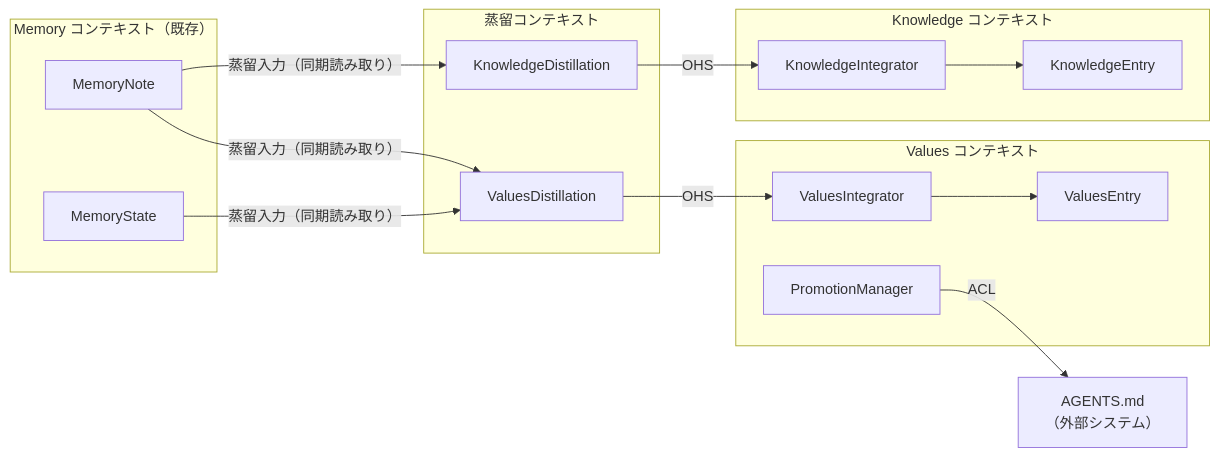
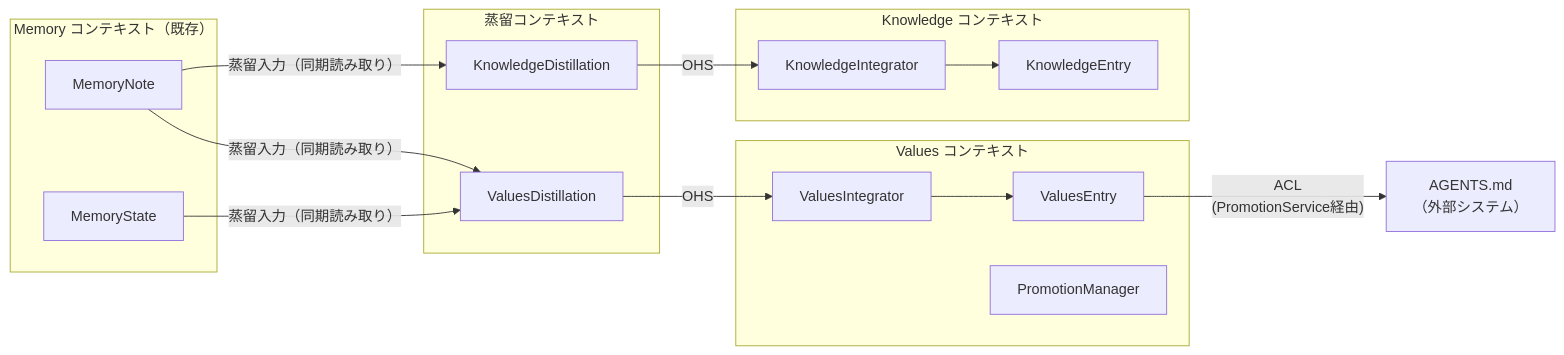
One commit to RK0429/agentic-memory changed the first of 6 diagrams in docs/design/DOMAIN-MODEL-knowledge-values.md. Above: the diagram before and after it, drawn with Mermaid. The commit also changed other lines of this file and 2 other files, not shown here.

````diff
--- a/docs/design/DOMAIN-MODEL-knowledge-values.md
+++ b/docs/design/DOMAIN-MODEL-knowledge-values.md
@@ -23,34 +23,34 @@
 ```mermaid
 graph LR
     subgraph "Memory コンテキスト（既存）"
         MN[MemoryNote]
         MS[MemoryState]
     end
 
     subgraph "蒸留コンテキスト"
         KD[KnowledgeDistillation]
         VD[ValuesDistillation]
     end
 
     subgraph "Knowledge コンテキスト"
         KE[KnowledgeEntry]
         KI[KnowledgeIntegrator]
     end
 
     subgraph "Values コンテキスト"
         VE[ValuesEntry]
         VI[ValuesIntegrator]
         PM[PromotionManager]
     end
 
     AGENTS["AGENTS.md<br/>（外部システム）"]
 
     MN -->|"蒸留入力（同期読み取り）"| KD
     MN -->|"蒸留入力（同期読み取り）"| VD
     MS -->|"蒸留入力（同期読み取り）"| VD
     KD -->|"OHS"| KI
     VD -->|"OHS"| VI
     KI --> KE
     VI --> VE
-    PM -->|"ACL"| AGENTS
+    VE -->|"ACL<br/>(PromotionService経由)"| AGENTS
 ```
````
